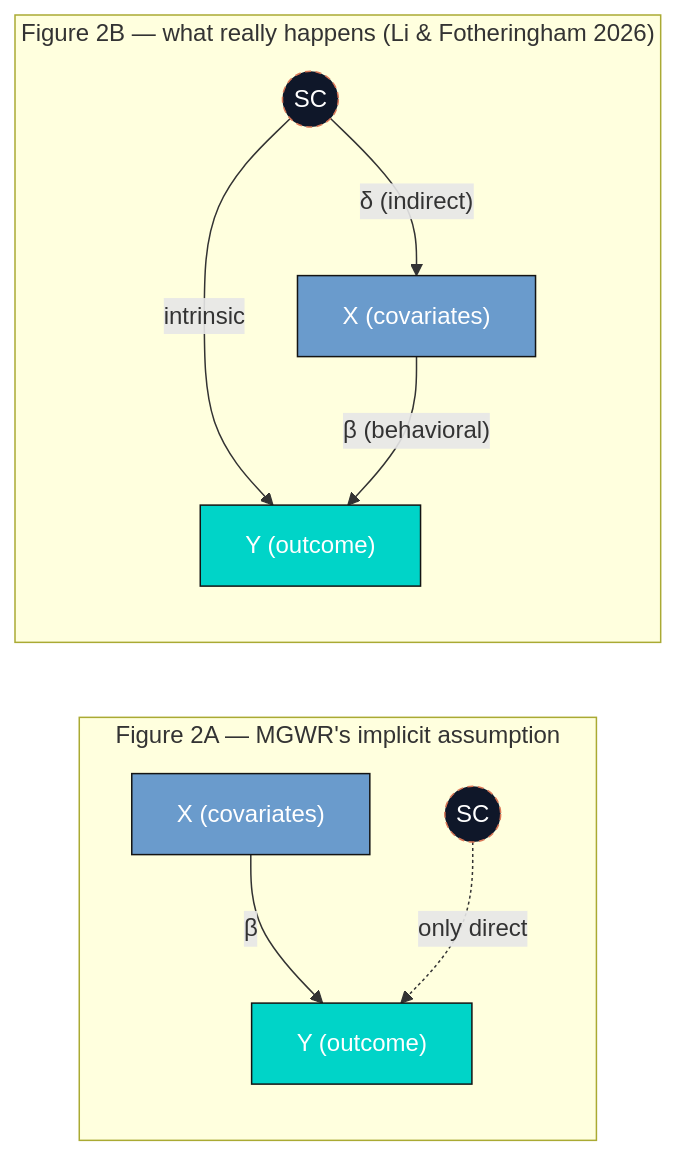
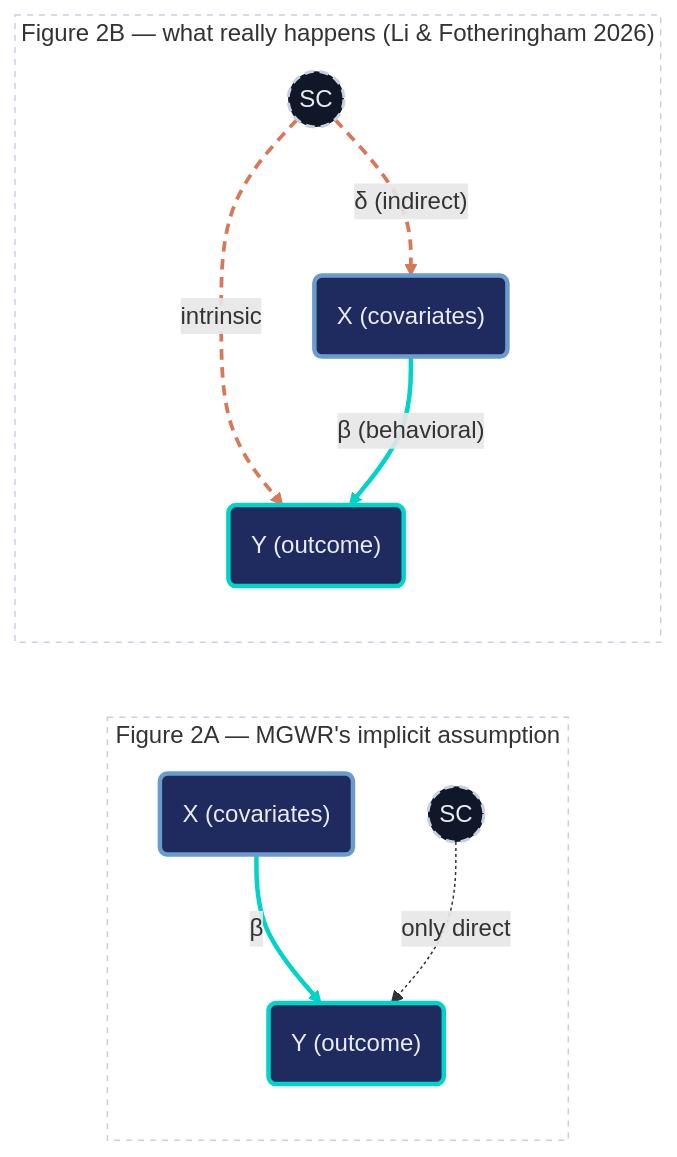
The second of 2 diagrams in content/post/python_mgwrfer/references/tutorial.qmd (cmg777/starter-academic-v501), drawn with Mermaid before and after one commit. The commit also changed other lines of this file and 42 other files, not shown here.

First line of the commit message:
content(mermaid): restyle Mermaid copies in tutorial sources and the LaLonde slide deck

````diff
--- a/content/post/python_mgwrfer/references/tutorial.qmd
+++ b/content/post/python_mgwrfer/references/tutorial.qmd
@@ -218,19 +219,23 @@
 ```{mermaid}
 graph LR
-    subgraph "Figure 2A — MGWR's implicit assumption"
-        X1["X (covariates)"] -->|"β"| Y1["Y (outcome)"]
+    subgraph SG1["Figure 2A — MGWR's implicit assumption"]
+        X1("X (covariates)") -->|"β"| Y1("Y (outcome)")
         SC1((SC)):::hidden -.->|"only direct"| Y1
     end
 
-    subgraph "Figure 2B — what really happens (Li &amp; Fotheringham 2026)"
-        SC2((SC)):::hidden -->|"δ (indirect)"| X2["X (covariates)"]
-        SC2 -->|"intrinsic"| Y2["Y (outcome)"]
+    subgraph SG2["Figure 2B — what really happens (Li &amp; Fotheringham 2026)"]
+        SC2((SC)):::hidden -->|"δ (indirect)"| X2("X (covariates)")
+        SC2 -->|"intrinsic"| Y2("Y (outcome)")
         X2 -->|"β (behavioral)"| Y2
     end
 
-    classDef hidden fill:#0f1729,stroke:#d97757,color:#fff,stroke-dasharray: 4 3
-    style X1 fill:#6a9bcc,stroke:#141413,color:#fff
-    style Y1 fill:#00d4c8,stroke:#141413,color:#fff
-    style X2 fill:#6a9bcc,stroke:#141413,color:#fff
-    style Y2 fill:#00d4c8,stroke:#141413,color:#fff
+    classDef hidden fill:#0f1729,stroke:#c8d0e0,stroke-width:2px,color:#e8ecf2,stroke-dasharray:6 4
+    style SG1 fill:none,stroke:#c8d0e0,stroke-width:1px,stroke-dasharray:4 4
+    style SG2 fill:none,stroke:#c8d0e0,stroke-width:1px,stroke-dasharray:4 4
+    classDef blue fill:#1f2b5e,stroke:#6a9bcc,stroke-width:3px,color:#e8ecf2
+    classDef teal fill:#1f2b5e,stroke:#00d4c8,stroke-width:3px,color:#e8ecf2
+    class X1,X2 blue
+    class Y1,Y2 teal
+    linkStyle 0,4 stroke:#00d4c8,stroke-width:3px
+    linkStyle 2,3 stroke:#d97757,stroke-width:2.5px,stroke-dasharray:7 5
 ```
````
